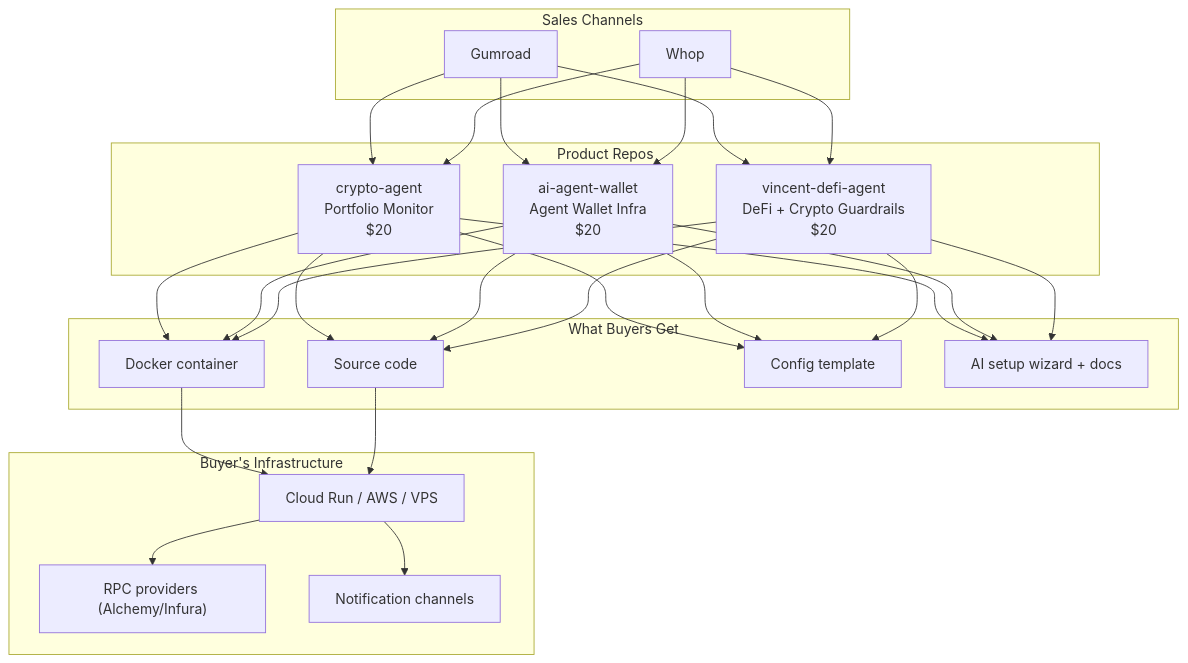
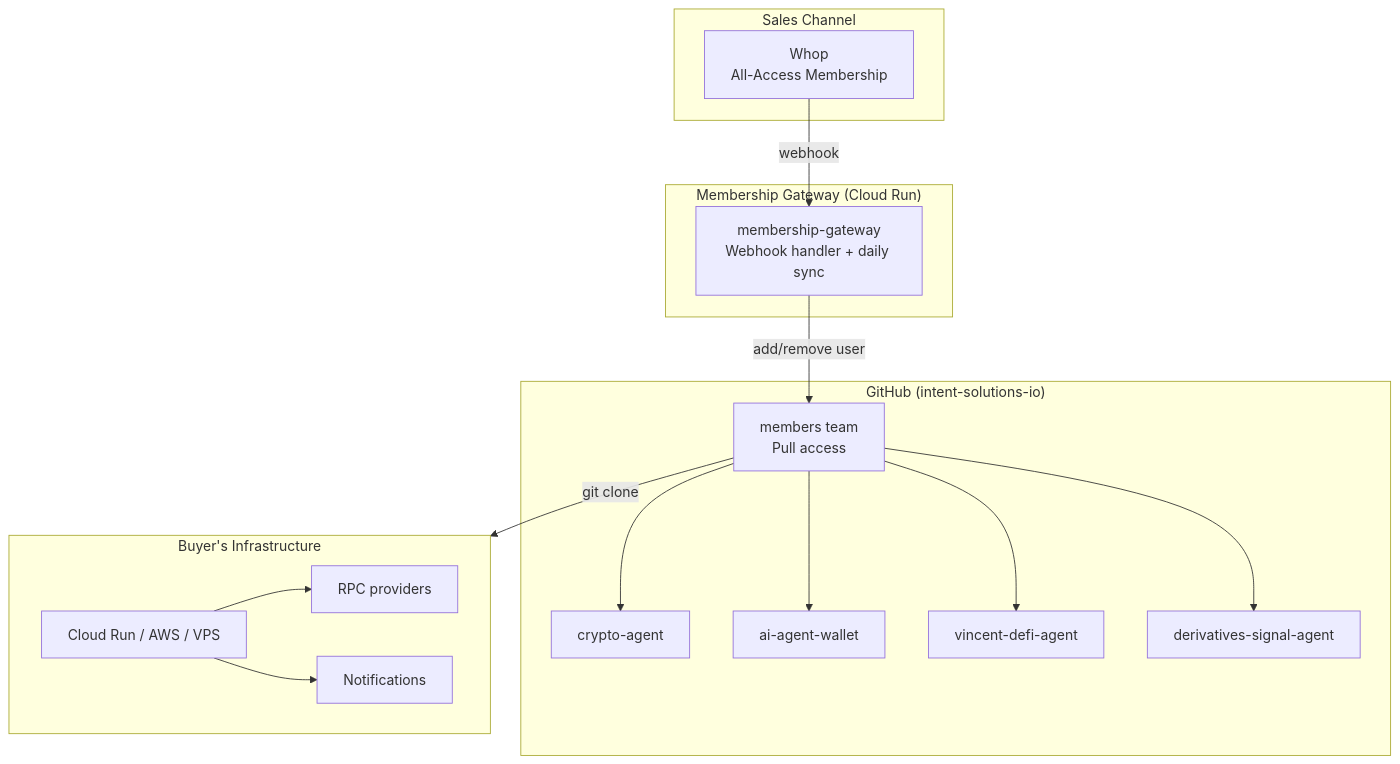
One commit to intent-solutions-io/products-workspace changed the diagram in README.md. Above: the diagram before and after it, drawn with Mermaid. The commit also changed other lines of this file and 18 other files, not shown here.

First line of the commit message:
feat: add membership gateway, internal docs, and all-access membership model

````diff
--- a/README.md
+++ b/README.md
@@ -19,33 +42,30 @@
 ```mermaid
 flowchart TB
-    subgraph Marketplaces["Sales Channels"]
-        GR[Gumroad]
-        WH[Whop]
+    subgraph Sales["Sales Channel"]
+        WH["Whop<br/>All-Access Membership"]
     end
 
-    subgraph Products["Product Repos"]
-        CA["crypto-agent<br/>Portfolio Monitor<br/>$20"]
-        AW["ai-agent-wallet<br/>Agent Wallet Infra<br/>$20"]
-        VD["vincent-defi-agent<br/>DeFi + Crypto Guardrails<br/>$20"]
+    subgraph Gateway["Membership Gateway (Cloud Run)"]
+        MG["membership-gateway<br/>Webhook handler + daily sync"]
     end
 
-    subgraph Deliverables["What Buyers Get"]
-        D1["Docker container"]
-        D2["Source code"]
-        D3["Config template"]
-        D4["AI setup wizard + docs"]
+    subgraph GitHub["GitHub (intent-solutions-io)"]
+        TEAM["members team<br/>Pull access"]
+        CA["crypto-agent"]
+        AW["ai-agent-wallet"]
+        VD["vincent-defi-agent"]
+        DS["derivatives-signal-agent"]
+        TEAM --> CA & AW & VD & DS
     end
 
     subgraph Buyer["Buyer's Infrastructure"]
         B1["Cloud Run / AWS / VPS"]
-        B2["RPC providers (Alchemy/Infura)"]
-        B3["Notification channels"]
+        B2["RPC providers"]
+        B3["Notifications"]
     end
 
-    GR --> CA & AW & VD
-    WH --> CA & AW & VD
-
-    CA & AW & VD --> D1 & D2 & D3 & D4
-    D1 & D2 --> B1
+    WH -->|webhook| MG
+    MG -->|add/remove user| TEAM
+    TEAM -->|git clone| Buyer
     B1 --> B2 & B3
 ```
````
